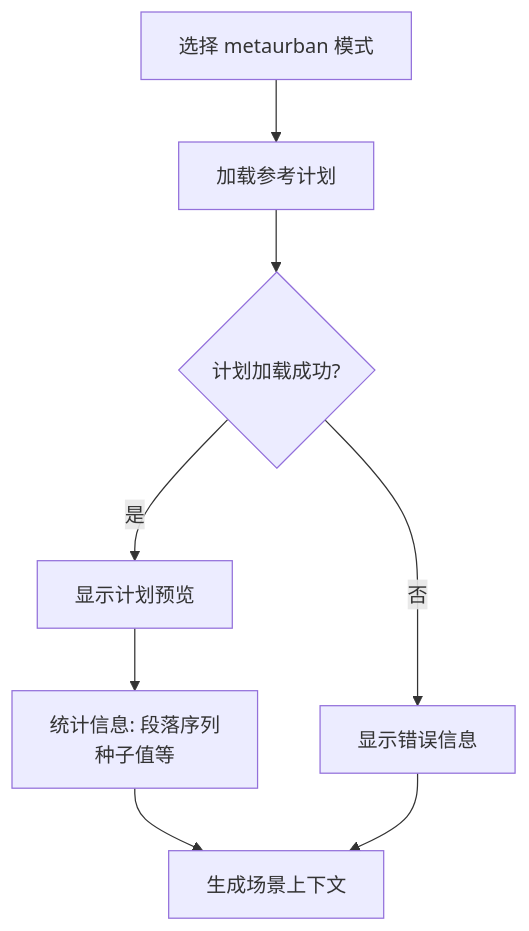
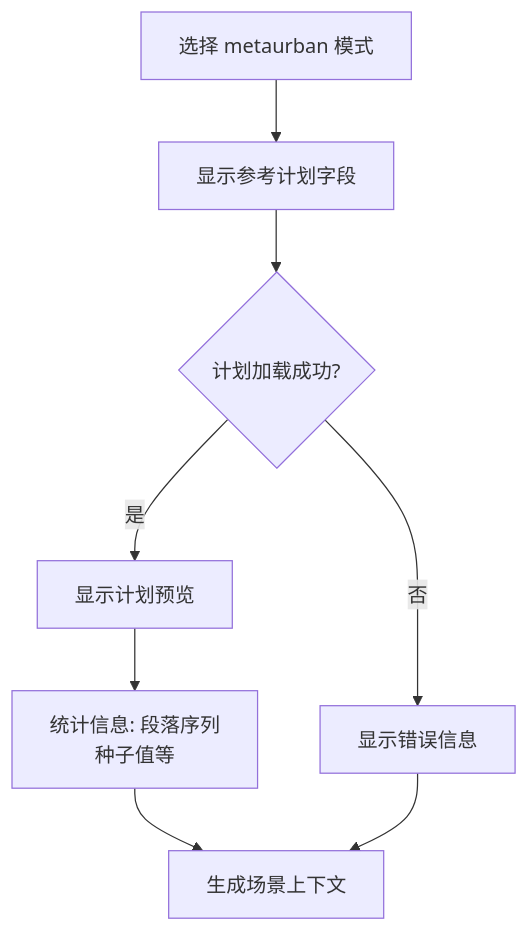
The eighth of 15 diagrams in .qoder/repowiki/zh/content/Web界面系统/工作台界面/场景设置面板.md (wsqstar/RoadGen3D), drawn with Mermaid before and after one commit. The commit also changed other lines of this file and 8 other files, not shown here.

````diff
--- a/.qoder/repowiki/zh/content/Web界面系统/工作台界面/场景设置面板.md
+++ b/.qoder/repowiki/zh/content/Web界面系统/工作台界面/场景设置面板.md
@@ -191,10 +307,10 @@
 ```mermaid
 flowchart TD
-A[选择 metaurban 模式] --> B[加载参考计划]
+A[选择 metaurban 模式] --> B[显示参考计划字段]
 B --> C{计划加载成功?}
 C --> |是| D[显示计划预览]
 C --> |否| E[显示错误信息]
 D --> F[统计信息: 段落序列<br/>种子值等]
 F --> G[生成场景上下文]
 E --> G
 ```
````
